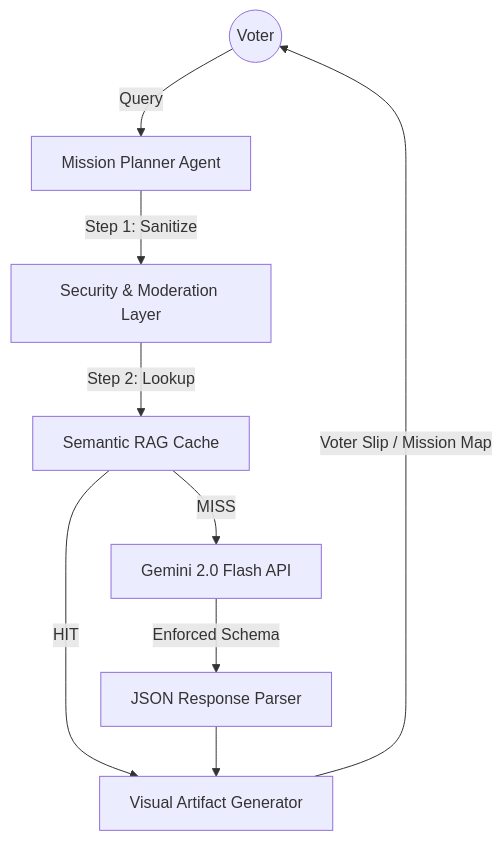
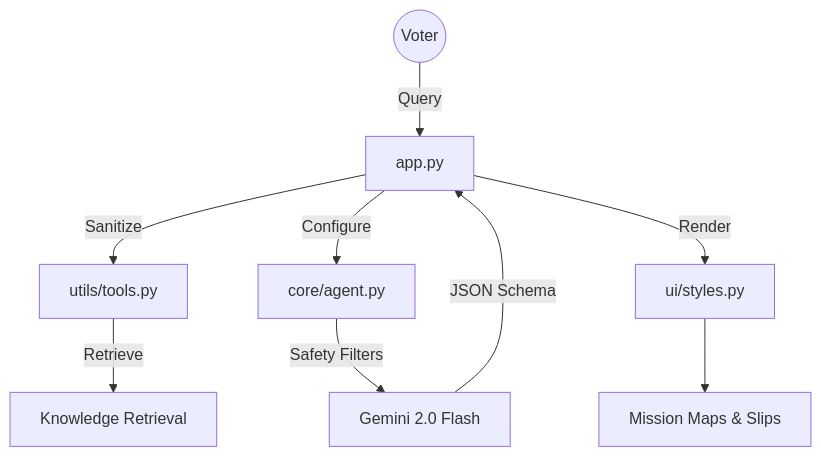
Before and after one commit to niyati10000/Agentic-Election-Assistant-2026: the diagram in README.md, drawn with Mermaid. The commit also changed other lines of this file and 7 other files, not shown here.

````diff
--- a/README.md
+++ b/README.md
@@ -13,11 +14,11 @@
 ```mermaid
 graph TD
-    User((Voter)) -->|Query| Orchestrator[Mission Planner Agent]
-    Orchestrator -->|Step 1: Sanitize| Security[Security & Moderation Layer]
-    Security -->|Step 2: Lookup| RAG[Semantic RAG Cache]
-    RAG -->|HIT| Artifacts[Visual Artifact Generator]
-    RAG -->|MISS| Gemini[Gemini 2.0 Flash API]
-    Gemini -->|Enforced Schema| Parser[JSON Response Parser]
-    Parser --> Artifacts
-    Artifacts -->|Voter Slip / Mission Map| User
+    User((Voter)) -->|Query| Entry[app.py]
+    Entry -->|Sanitize| Utils[utils/tools.py]
+    Utils -->|Retrieve| RAG[Knowledge Retrieval]
+    Entry -->|Configure| Core[core/agent.py]
+    Core -->|Safety Filters| Gemini[Gemini 2.0 Flash]
+    Entry -->|Render| UI[ui/styles.py]
+    Gemini -->|JSON Schema| Entry
+    UI --> Artifacts[Mission Maps & Slips]
 ```
````
